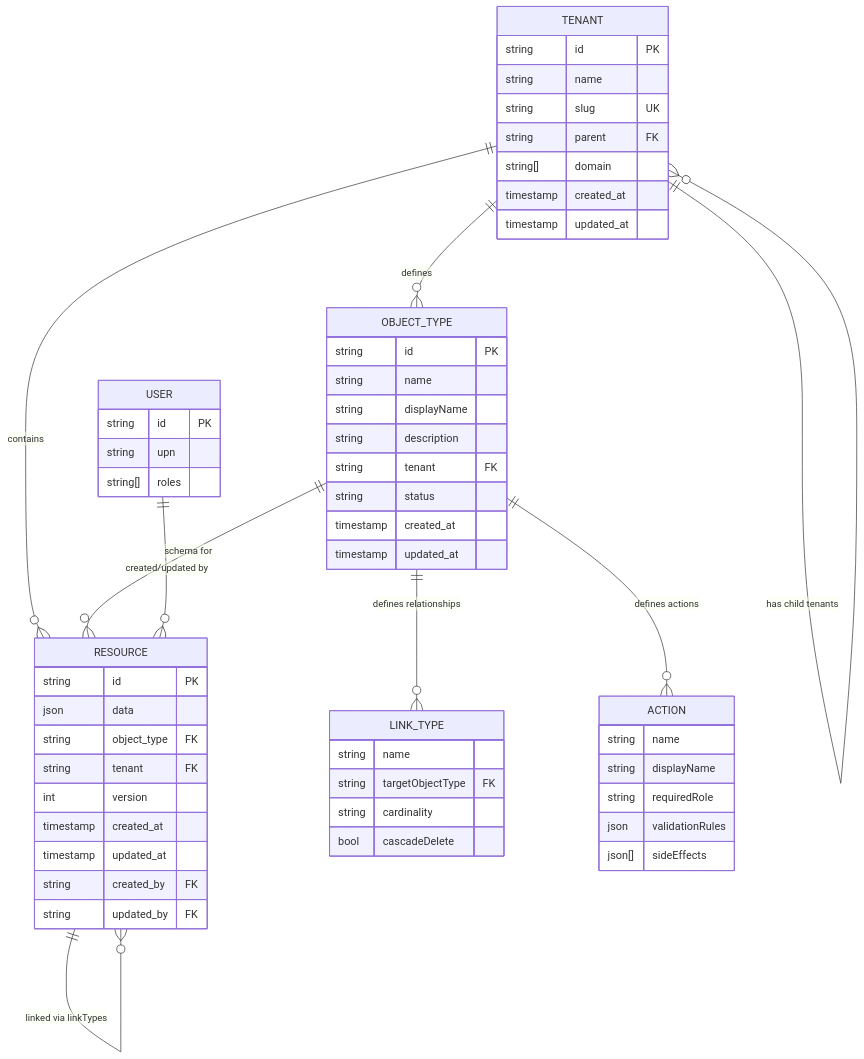
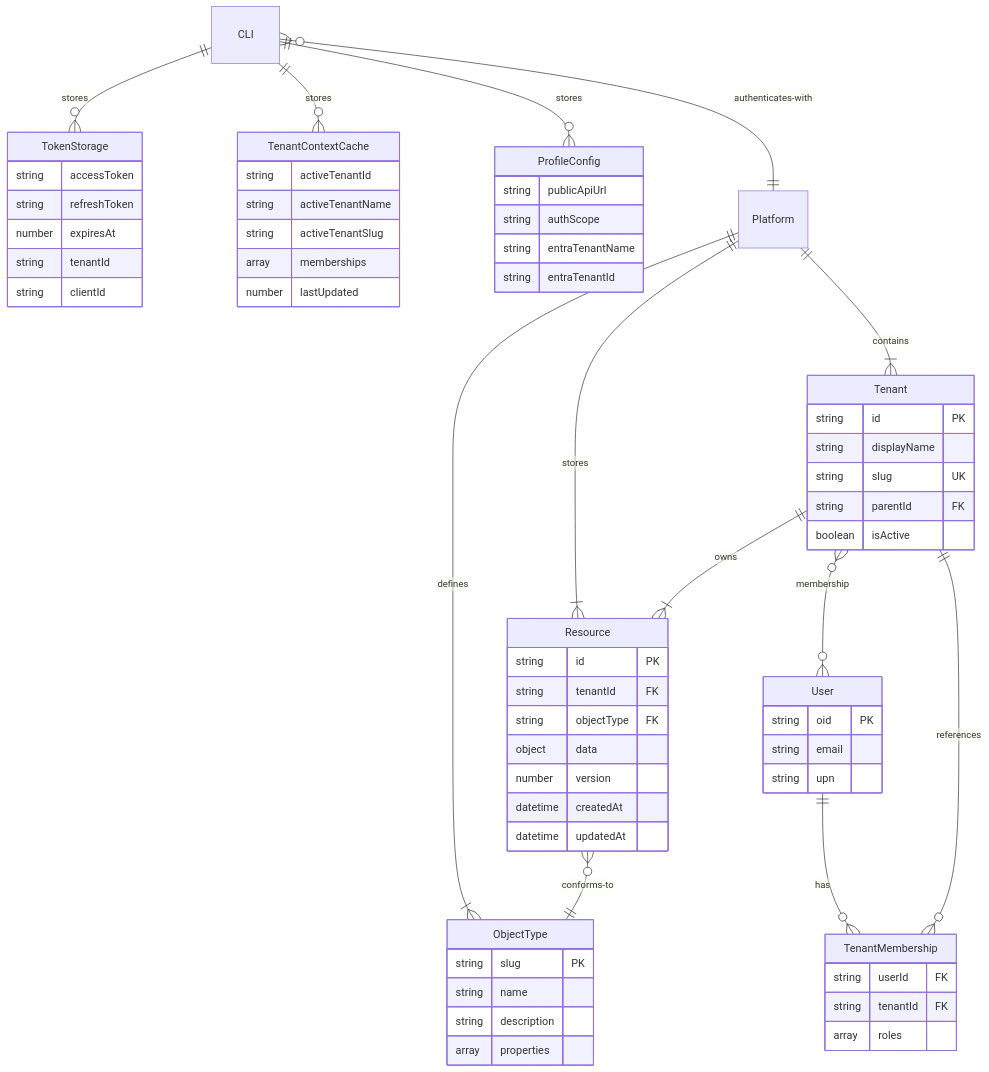
The first of 2 diagrams in .tech-docs/data-model.md (eai-support/eai), drawn with Mermaid before and after one commit. The commit also changed other lines of this file and 9 other files, not shown here.

````diff
--- a/.tech-docs/data-model.md
+++ b/.tech-docs/data-model.md
@@ -300,65 +292,75 @@
 ```mermaid
 erDiagram
-    TENANT ||--o{ OBJECT_TYPE : defines
-    TENANT ||--o{ RESOURCE : contains
-    TENANT ||--o{ TENANT : "has child tenants"
-    OBJECT_TYPE ||--o{ RESOURCE : "schema for"
-    OBJECT_TYPE ||--o{ LINK_TYPE : "defines relationships"
-    OBJECT_TYPE ||--o{ ACTION : "defines actions"
-    RESOURCE ||--o{ RESOURCE : "linked via linkTypes"
-    USER ||--o{ RESOURCE : "created/updated by"
+    CLI ||--o{ TokenStorage : stores
+    CLI ||--o{ TenantContextCache : stores
+    CLI ||--o{ ProfileConfig : stores
+    CLI }o--|| Platform : authenticates-with
+    Platform ||--|{ Tenant : contains
+    Platform ||--|{ Resource : stores
+    Platform ||--|{ ObjectType : defines
+    Tenant ||--|{ Resource : owns
+    Tenant }o--o{ User : membership
+    Resource }o--|| ObjectType : conforms-to
+    User ||--o{ TenantMembership : has
+    TenantMembership }o--|| Tenant : references
 
-    TENANT {
-        string id PK
-        string name
-        string slug UK
-        string parent FK
-        string[] domain
-        timestamp created_at
-        timestamp updated_at
+    TokenStorage {
+        string accessToken
+        string refreshToken
+        number expiresAt
+        string tenantId
+        string clientId
     }
 
-    OBJECT_TYPE {
-        string id PK
-        string name
-        string displayName
-        string description
-        string tenant FK
-        string status
-        timestamp created_at
-        timestamp updated_at
+    TenantContextCache {
+        string activeTenantId
+        string activeTenantName
+        string activeTenantSlug
+        array memberships
+        number lastUpdated
     }
 
-    RESOURCE {
-        string id PK
-        json data
-        string object_type FK
-        string tenant FK
-        int version
-        timestamp created_at
-        timestamp updated_at
-        string created_by FK
-        string updated_by FK
+    ProfileConfig {
+        string publicApiUrl
+        string authScope
+        string entraTenantName
+        string entraTenantId
     }
 
-    LINK_TYPE {
-        string name
-        string targetObjectType FK
-        string cardinality
-        bool cascadeDelete
+    Tenant {
+        string id PK
+        string displayName
+        string slug UK
+        string parentId FK
+        boolean isActive
     }
 
-    ACTION {
-        string name
-        string displayName
-        string requiredRole
-        json validationRules
-        json[] sideEffects
+    Resource {
+        string id PK
+        string tenantId FK
+        string objectType FK
+        object data
+        number version
+        datetime createdAt
+        datetime updatedAt
     }
 
-    USER {
-        string id PK
+    ObjectType {
+        string slug PK
+        string name
+        string description
+        array properties
+    }
+
+    User {
+        string oid PK
+        string email
         string upn
-        string[] roles
+    }
+
+    TenantMembership {
+        string userId FK
+        string tenantId FK
+        array roles
     }
 ```
````
